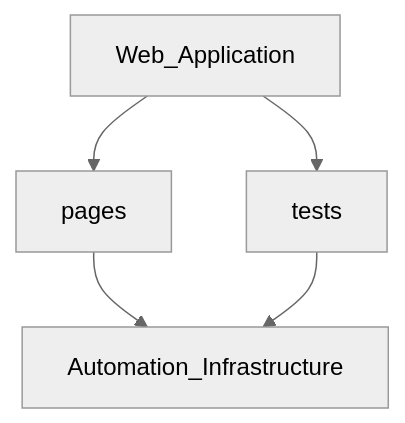
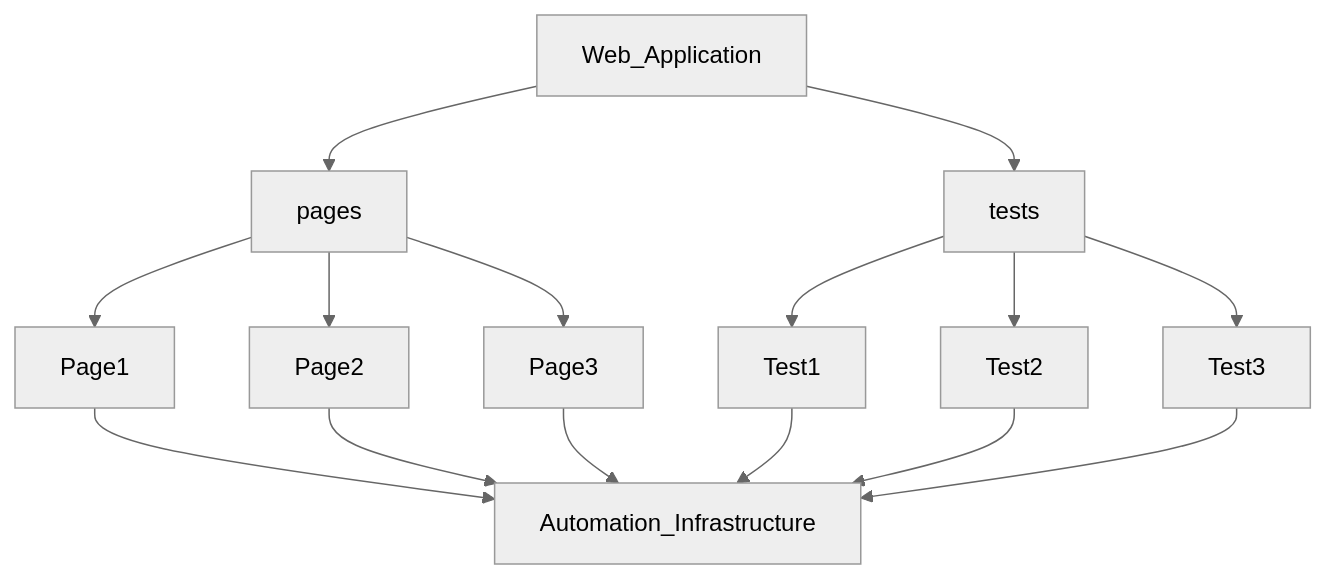
Before and after one commit to DanielleAmano/Madison-Island: the diagram in README.md, drawn with Mermaid (neutral theme). The commit also changed other lines of this file, not shown here.

````diff
--- a/README.md
+++ b/README.md
@@ -35,7 +59,17 @@
 ```mermaid
 graph TD;
     Web_Application-->pages;
     Web_Application-->tests;
-    pages-->Automation_Infrastructure;
-    tests-->Automation_Infrastructure;
+    pages-->Page1;
+    pages-->Page2;
+    pages-->Page3;
+    tests-->Test1;
+    tests-->Test2;
+    tests-->Test3;
+    Page1-->Automation_Infrastructure;
+    Page2-->Automation_Infrastructure;
+    Page3-->Automation_Infrastructure;
+    Test1-->Automation_Infrastructure;
+    Test2-->Automation_Infrastructure;
+    Test3-->Automation_Infrastructure;
 ``` 
````
